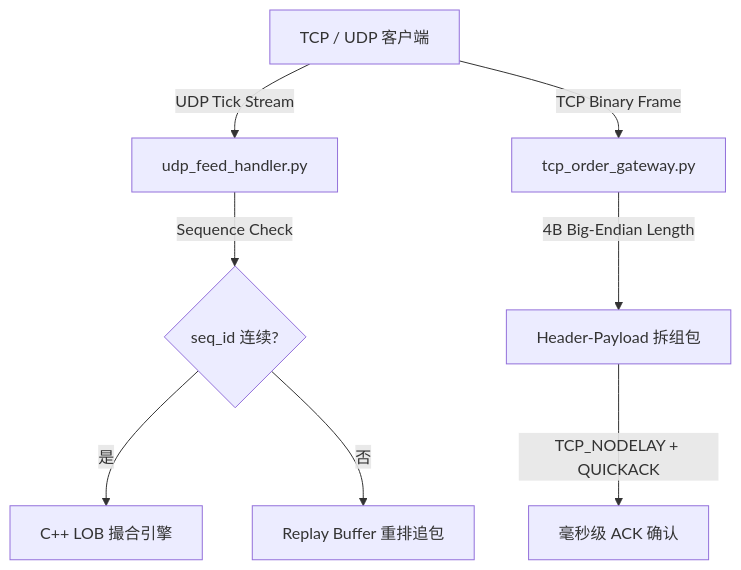
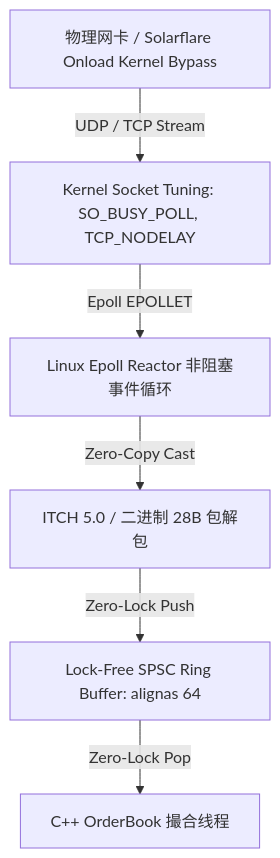
Before and after one commit to ypeng12/Quant.ai: the diagram in network_optimizations.md, drawn with Mermaid. The commit also changed other lines of this file and 2 other files, not shown here.

Commit message:
feat(cpp): implement lock-free spsc ring buffer and low latency network subsystem

````diff
--- a/network_optimizations.md
+++ b/network_optimizations.md
@@ -31,10 +11,8 @@
 ```mermaid
 graph TD
-    Client[TCP / UDP 客户端] -->|UDP Tick Stream| UDPFeed[udp_feed_handler.py]
-    UDPFeed -->|Sequence Check| GapCheck{seq_id 连续?}
-    GapCheck -->|是| OrderBook[C++ LOB 撮合引擎]
-    GapCheck -->|否| ReplayBuf[Replay Buffer 重排追包]
-    Client -->|TCP Binary Frame| TCPGateway[tcp_order_gateway.py]
-    TCPGateway -->|4B Big-Endian Length| FrameParser[Header-Payload 拆组包]
-    FrameParser -->|TCP_NODELAY + QUICKACK| InstantACK[毫秒级 ACK 确认]
+    NIC[物理网卡 / Solarflare Onload Kernel Bypass] -->|UDP / TCP Stream| SocketOpt[Kernel Socket Tuning: SO_BUSY_POLL, TCP_NODELAY]
+    SocketOpt -->|Epoll EPOLLET| EpollReactor[Linux Epoll Reactor 非阻塞事件循环]
+    EpollReactor -->|Zero-Copy Cast| StructCast[ITCH 5.0 / 二进制 28B 包解包]
+    StructCast -->|Zero-Lock Push| SPSCQueue[Lock-Free SPSC Ring Buffer: alignas 64]
+    SPSCQueue -->|Zero-Lock Pop| EngineThread[C++ OrderBook 撮合线程]
 ```
````
